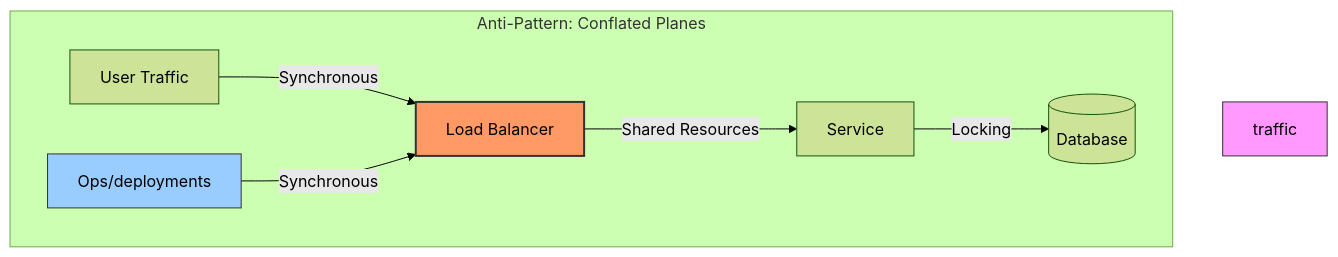
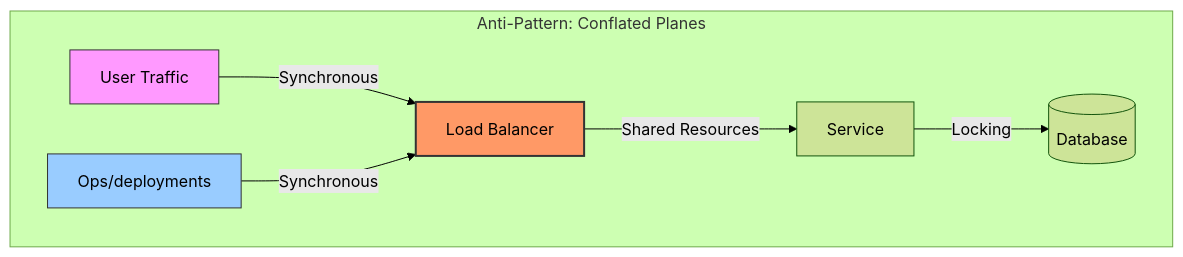
Before and after one commit to gchaitanyabharath9/omnigcloud: the first of 6 diagrams in src/app/[locale]/research/papers/a1-cloud-native-enterprise-reference/A1-PAPER-FULL.md, drawn with Mermaid (forest theme). The commit also changed other lines of this file and 18 other files, not shown here.

Commit message:
Fix research stats: Remove all 'Word Count' metadata and fix Mermaid syntax errors in markdown files

````diff
--- a/src/app/[locale]/research/papers/a1-cloud-native-enterprise-reference/A1-PAPER-FULL.md
+++ b/src/app/[locale]/research/papers/a1-cloud-native-enterprise-reference/A1-PAPER-FULL.md
@@ -25,12 +25,12 @@
 ```mermaid
 graph TD
     subgraph "Anti-Pattern: Conflated Planes"
         Traffic[User Traffic] -->|Synchronous| LB[Load Balancer]
         Ops[Ops/deployments] -->|Synchronous| LB
         LB -->|Shared Resources| Svc[Service]
         Svc -->|Locking| DB[(Database)]
         style LB fill:#f96,stroke:#333,stroke-width:2px
-        style traffic fill:#f9f,stroke:#333
+        style Traffic fill:#f9f,stroke:#333
         style Ops fill:#9cf,stroke:#333
     end
 ```
````
